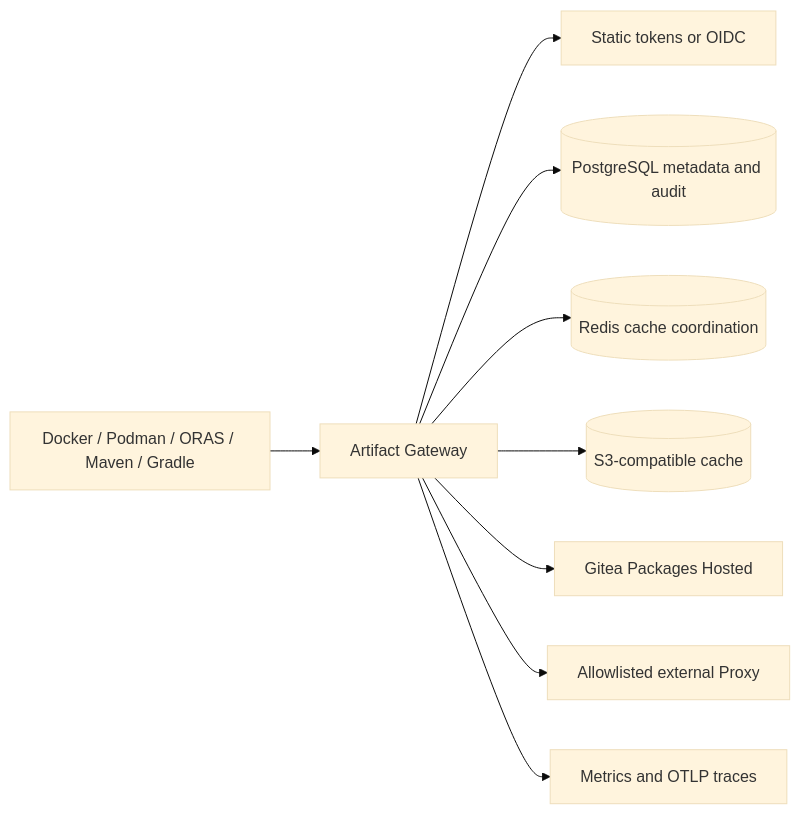
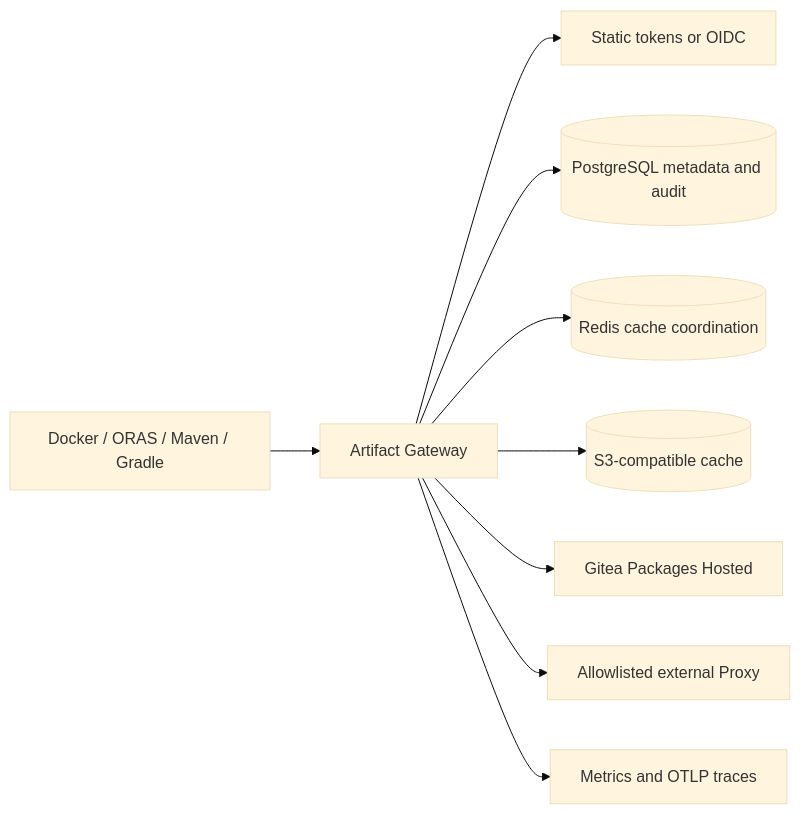
One commit to ccsert/artifact-gateway changed the diagram in docs/release-readiness.md. Above: the diagram before and after it, drawn with Mermaid (base theme). The commit also changed other lines of this file and 4 other files, not shown here.

````diff
--- a/docs/release-readiness.md
+++ b/docs/release-readiness.md
@@ -68,11 +68,11 @@
 ```mermaid
 flowchart LR
-  clients[Docker / Podman / ORAS / Maven / Gradle] --> gateway[Artifact Gateway]
+  clients[Docker / ORAS / Maven / Gradle] --> gateway[Artifact Gateway]
   gateway --> auth[Static tokens or OIDC]
   gateway --> db[(PostgreSQL metadata and audit)]
   gateway --> redis[(Redis cache coordination)]
   gateway --> cache[(S3-compatible cache)]
   gateway --> gitea[Gitea Packages Hosted]
   gateway --> proxy[Allowlisted external Proxy]
   gateway --> telemetry[Metrics and OTLP traces]
 ```
````
